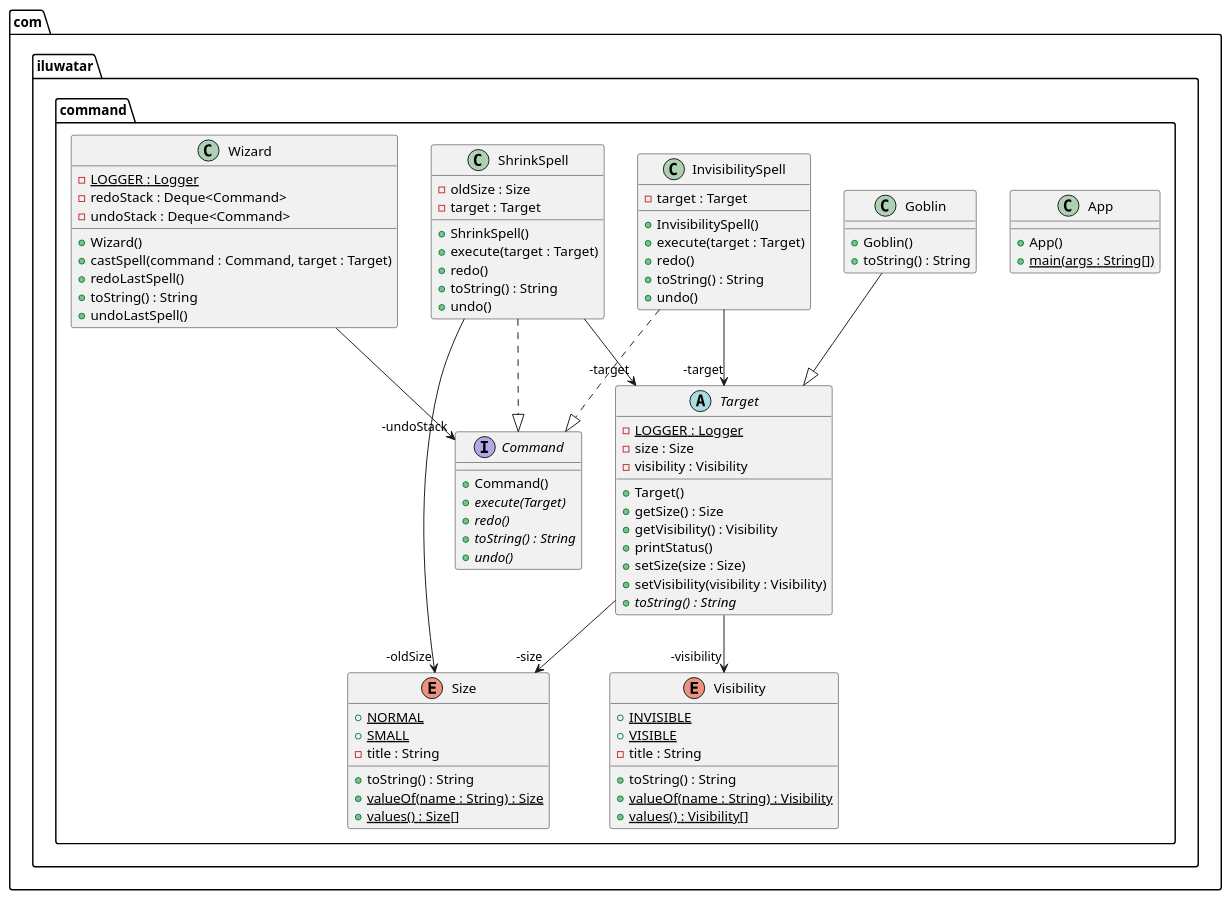
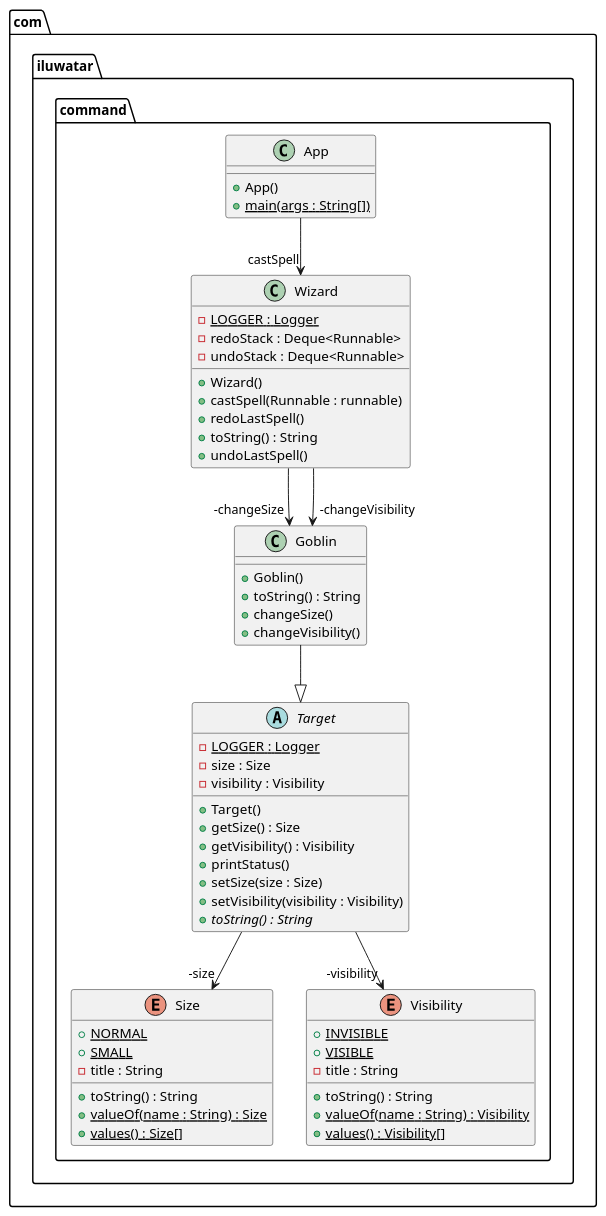
One commit to NatalieSty/java-design-patterns changed the diagram in command/etc/command.urm.puml. Above: the diagram before and after it, drawn with PlantUML. The commit also changed 10 other files, not shown here.

```diff
--- a/command/etc/command.urm.puml
+++ b/command/etc/command.urm.puml
@@ -1,83 +1,58 @@
 @startuml
 package com.iluwatar.command {
   class App {
     + App()
     + main(args : String[]) {static}
   }
-  interface Command {
-    + Command()
-    + execute(Target) {abstract}
-    + redo() {abstract}
-    + toString() : String {abstract}
-    + undo() {abstract}
-  }
   class Goblin {
     + Goblin()
     + toString() : String
-  }
-  class InvisibilitySpell {
-    - target : Target
-    + InvisibilitySpell()
-    + execute(target : Target)
-    + redo()
-    + toString() : String
-    + undo()
-  }
-  class ShrinkSpell {
-    - oldSize : Size
-    - target : Target
-    + ShrinkSpell()
-    + execute(target : Target)
-    + redo()
-    + toString() : String
-    + undo()
+    + changeSize()
+    + changeVisibility()
   }
   enum Size {
     + NORMAL {static}
     + SMALL {static}
     - title : String
     + toString() : String
     + valueOf(name : String) : Size {static}
     + values() : Size[] {static}
   }
   abstract class Target {
     - LOGGER : Logger {static}
     - size : Size
     - visibility : Visibility
     + Target()
     + getSize() : Size
     + getVisibility() : Visibility
     + printStatus()
     + setSize(size : Size)
     + setVisibility(visibility : Visibility)
     + toString() : String {abstract}
   }
   enum Visibility {
     + INVISIBLE {static}
     + VISIBLE {static}
     - title : String
     + toString() : String
     + valueOf(name : String) : Visibility {static}
     + values() : Visibility[] {static}
   }
   class Wizard {
     - LOGGER : Logger {static}
-    - redoStack : Deque<Command>
-    - undoStack : Deque<Command>
+    - redoStack : Deque<Runnable>
+    - undoStack : Deque<Runnable>
     + Wizard()
-    + castSpell(command : Command, target : Target)
+    + castSpell(Runnable : runnable)
     + redoLastSpell()
     + toString() : String
     + undoLastSpell()
   }
 }
 Target -->  "-size" Size
-Wizard -->  "-undoStack" Command
-ShrinkSpell -->  "-oldSize" Size
-InvisibilitySpell -->  "-target" Target
-ShrinkSpell -->  "-target" Target
+Wizard -->  "-changeSize" Goblin
+Wizard -->  "-changeVisibility" Goblin
 Target -->  "-visibility" Visibility
 Goblin --|> Target
-InvisibilitySpell ..|> Command
-ShrinkSpell ..|> Command
+App --> "castSpell" Wizard
 @enduml
```
